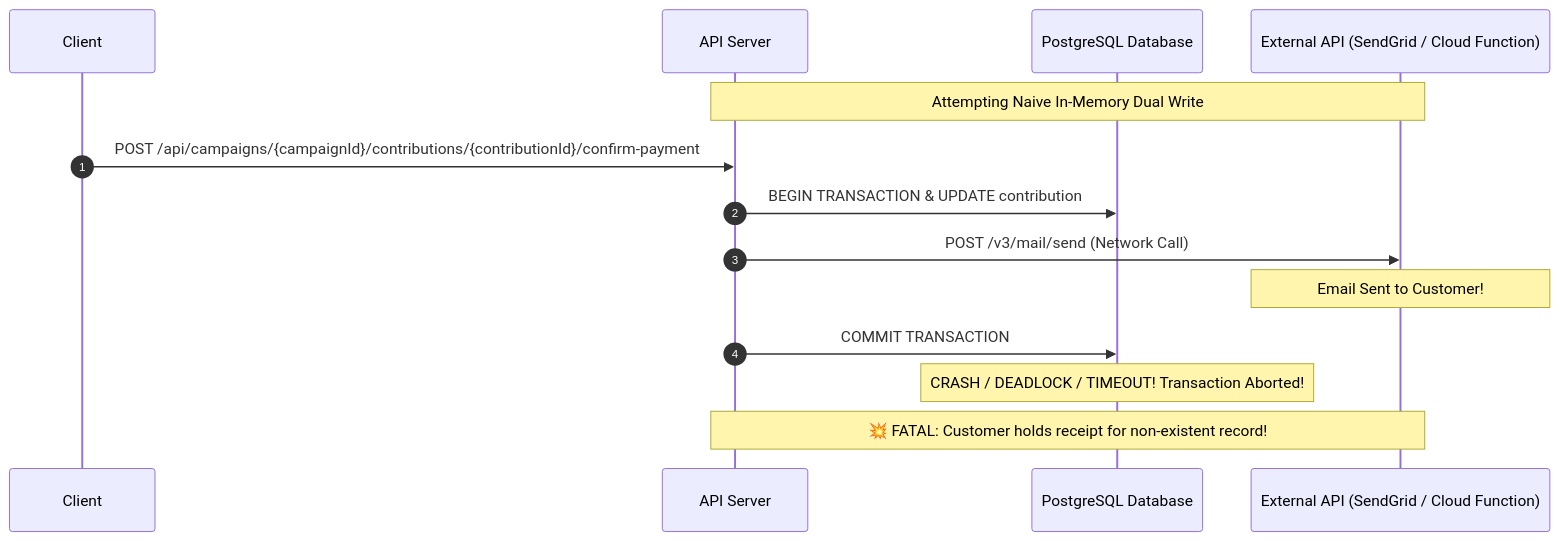
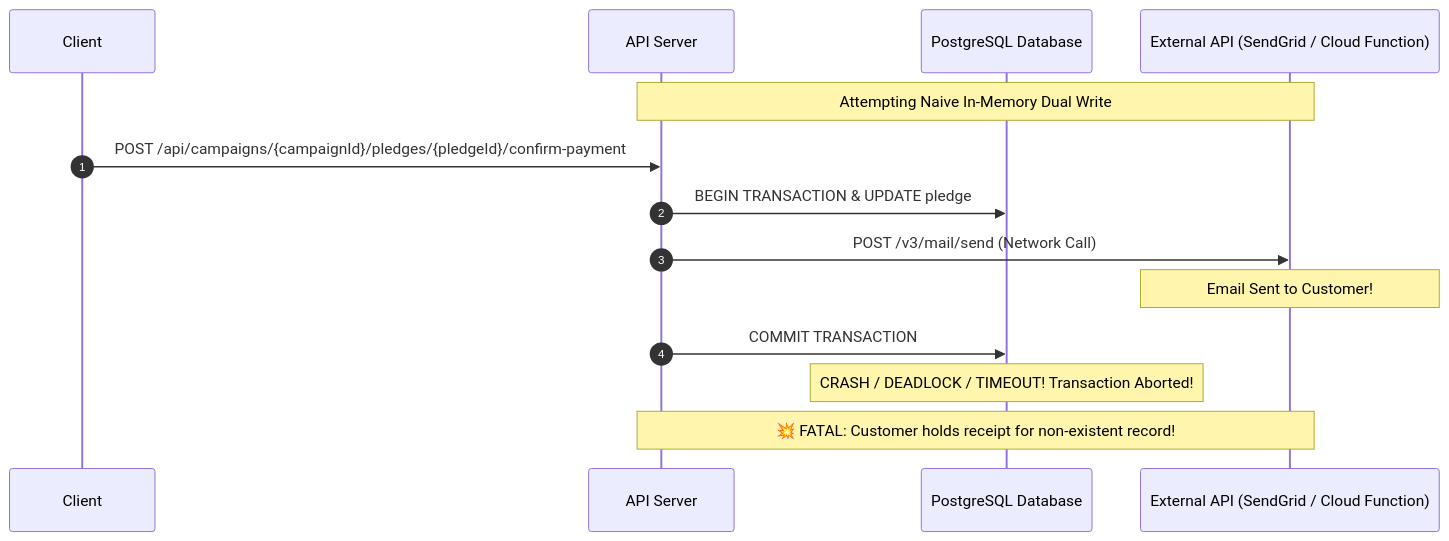
One commit to maysamgamini/crowdfundinghub changed the first of 2 diagrams in educational/01-architecture-paradigms/justifying-the-outbox-and-complex-crud.md. Above: the diagram before and after it, drawn with Mermaid. The commit also changed other lines of this file and 571 other files, not shown here.

First line of the commit message:
refactor: use the course vocabulary, pledge and backer, where the code said contribution and contributor

````diff
--- a/educational/01-architecture-paradigms/justifying-the-outbox-and-complex-crud.md
+++ b/educational/01-architecture-paradigms/justifying-the-outbox-and-complex-crud.md
@@ -48,17 +48,17 @@
 ```mermaid
 sequenceDiagram
     autonumber
     participant Client
     participant API as API Server
     participant DB as PostgreSQL Database
     participant Ext as External API (SendGrid / Cloud Function)
 
     Note over API,Ext: Attempting Naive In-Memory Dual Write
-    Client->>API: POST /api/campaigns/{campaignId}/contributions/{contributionId}/confirm-payment
-    API->>DB: BEGIN TRANSACTION & UPDATE contribution
+    Client->>API: POST /api/campaigns/{campaignId}/pledges/{pledgeId}/confirm-payment
+    API->>DB: BEGIN TRANSACTION & UPDATE pledge
     API->>Ext: POST /v3/mail/send (Network Call)
     Note over Ext: Email Sent to Customer!
     API->>DB: COMMIT TRANSACTION
     Note over DB: CRASH / DEADLOCK / TIMEOUT! Transaction Aborted!
     Note over API,Ext: 💥 FATAL: Customer holds receipt for non-existent record!
 ```
````
